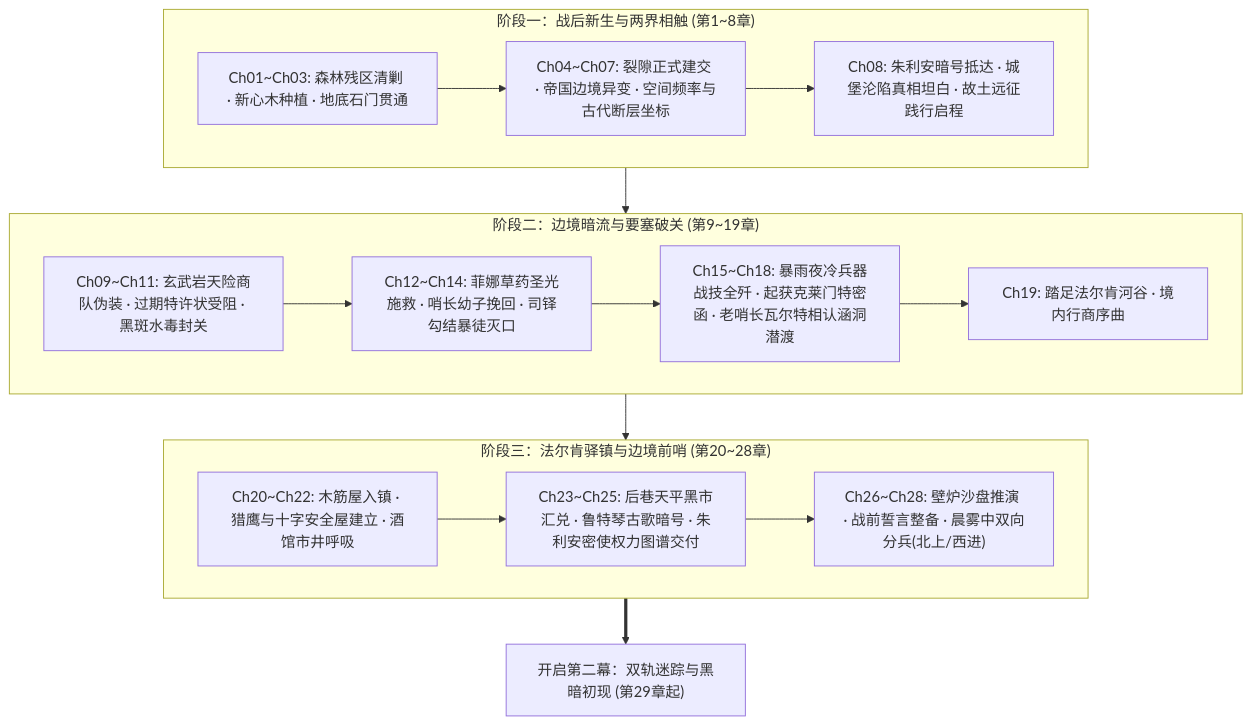
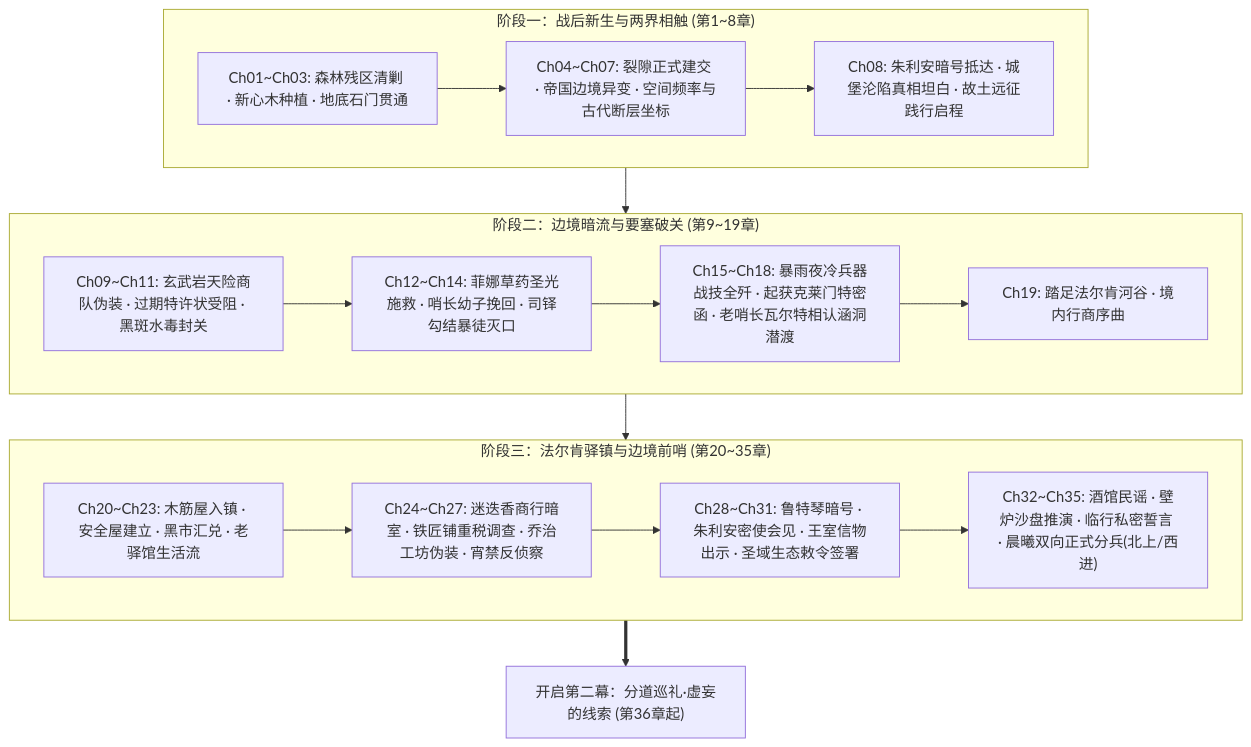
The diagram in 方案/第二部/主线与世界扩充方案/分阶段详规/第一幕_阶段三_法尔肯驿镇与边境前哨详规.md (soranokiseki1437/eldoria-worldbook), drawn with Mermaid before and after one commit. The commit also changed other lines of this file and 28 other files, not shown here.

````diff
--- a/方案/第二部/主线与世界扩充方案/分阶段详规/第一幕_阶段三_法尔肯驿镇与边境前哨详规.md
+++ b/方案/第二部/主线与世界扩充方案/分阶段详规/第一幕_阶段三_法尔肯驿镇与边境前哨详规.md
@@ -168,27 +270,28 @@
 ```mermaid
 graph TD
     subgraph M1S1["阶段一：战后新生与两界相触 (第1~8章)"]
         S1_1["Ch01~Ch03: 森林残区清剿 · 新心木种植 · 地底石门贯通"]
         S1_2["Ch04~Ch07: 裂隙正式建交 · 帝国边境异变 · 空间频率与古代断层坐标"]
         S1_3["Ch08: 朱利安暗号抵达 · 城堡沦陷真相坦白 · 故土远征践行启程"]
         S1_1 --> S1_2 --> S1_3
     end
 
     subgraph M1S2["阶段二：边境暗流与要塞破关 (第9~19章)"]
         S2_1["Ch09~Ch11: 玄武岩天险商队伪装 · 过期特许状受阻 · 黑斑水毒封关"]
         S2_2["Ch12~Ch14: 菲娜草药圣光施救 · 哨长幼子挽回 · 司铎勾结暴徒灭口"]
         S2_3["Ch15~Ch18: 暴雨夜冷兵器战技全歼 · 起获克莱门特密函 · 老哨长瓦尔特相认涵洞潜渡"]
         S2_4["Ch19: 踏足法尔肯河谷 · 境内行商序曲"]
         S2_1 --> S2_2 --> S2_3 --> S2_4
     end
 
-    subgraph M1S3["阶段三：法尔肯驿镇与边境前哨 (第20~28章)"]
-        S3_1["Ch20~Ch22: 木筋屋入镇 · 猎鹰与十字安全屋建立 · 酒馆市井呼吸"]
-        S3_2["Ch23~Ch25: 后巷天平黑市汇兑 · 鲁特琴古歌暗号 · 朱利安密使权力图谱交付"]
-        S3_3["Ch26~Ch28: 壁炉沙盘推演 · 战前誓言整备 · 晨雾中双向分兵(北上/西进)"]
-        S3_1 --> S3_2 --> S3_3
+    subgraph M1S3["阶段三：法尔肯驿镇与边境前哨 (第20~35章)"]
+        S3_1["Ch20~Ch23: 木筋屋入镇 · 安全屋建立 · 黑市汇兑 · 老驿馆生活流"]
+        S3_2["Ch24~Ch27: 迷迭香商行暗室 · 铁匠铺重税调查 · 乔治工坊伪装 · 宵禁反侦察"]
+        S3_3["Ch28~Ch31: 鲁特琴暗号 · 朱利安密使会见 · 王室信物出示 · 圣域生态敕令签署"]
+        S3_4["Ch32~Ch35: 酒馆民谣 · 壁炉沙盘推演 · 临行私密誓言 · 晨曦双向正式分兵(北上/西进)"]
+        S3_1 --> S3_2 --> S3_3 --> S3_4
     end
 
     M1S1 --> M1S2 --> M1S3
-    M1S3 ==> M2["开启第二幕：双轨迷踪与黑暗初现 (第29章起)"]
+    M1S3 ==> M2["开启第二幕：分道巡礼·虚妄的线索 (第36章起)"]
 ```
````
